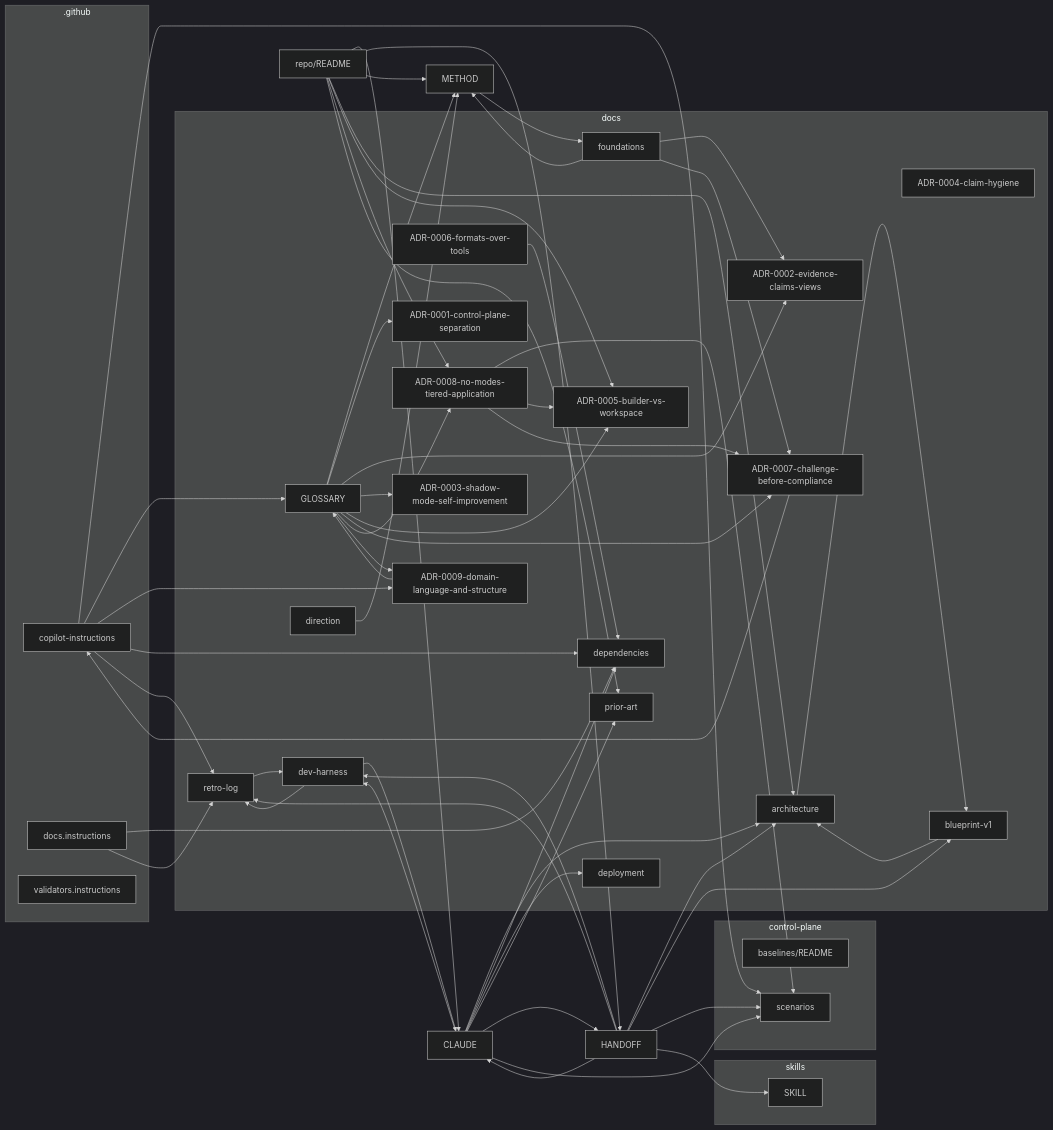
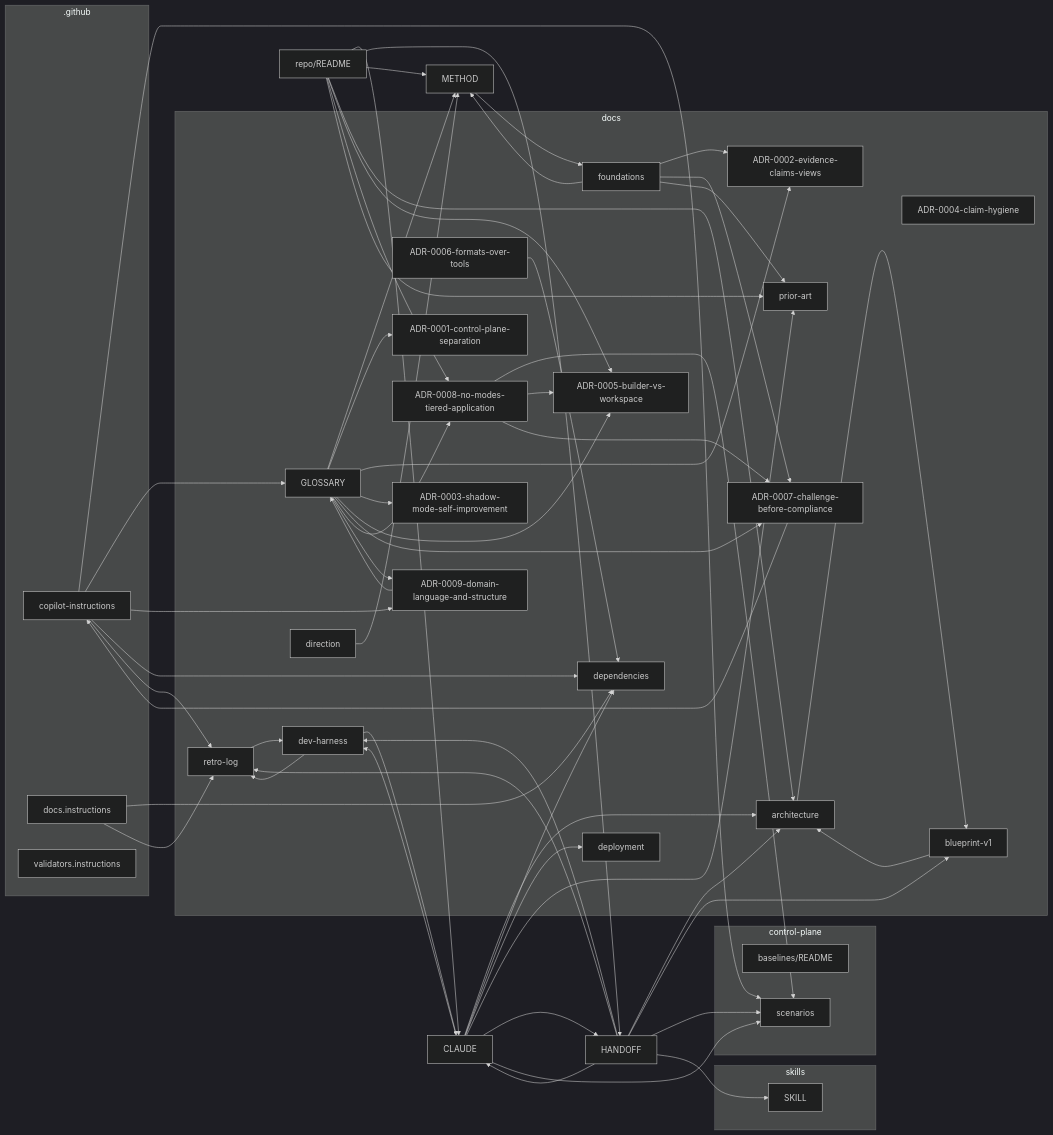
Before and after one commit to boulaajaj/ai-mise: the diagram in docs/mindmap.md, drawn with Mermaid (dark theme). The commit also changed other lines of this file and 2 other files, not shown here.

```diff
--- a/docs/mindmap.md
+++ b/docs/mindmap.md
@@ -90,6 +90,7 @@
   docs_foundations_md --> METHOD_md
   docs_foundations_md --> docs_decisions_ADR_0002_evidence_claims_views_md
   docs_foundations_md --> docs_decisions_ADR_0007_challenge_before_compliance_md
+  docs_foundations_md --> docs_prior_art_md
   docs_history_blueprint_v1_md --> docs_architecture_md
   docs_meta_dev_harness_md --> CLAUDE_md
   docs_meta_dev_harness_md --> docs_meta_retro_log_md
```
